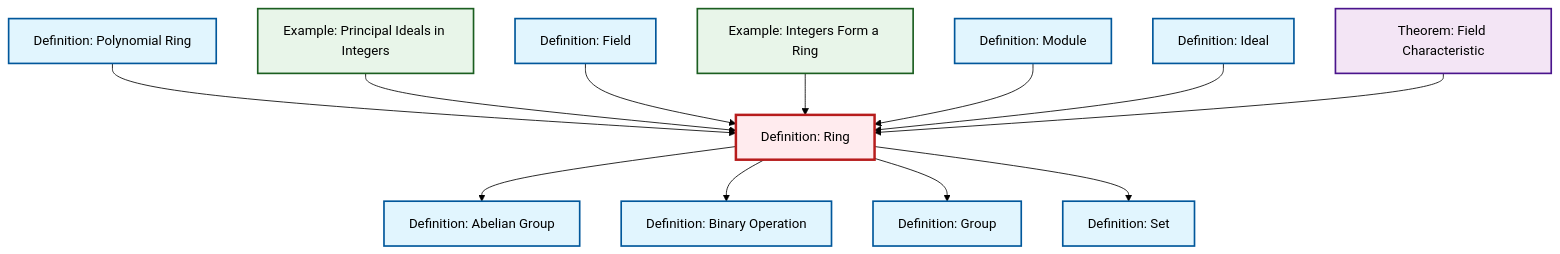
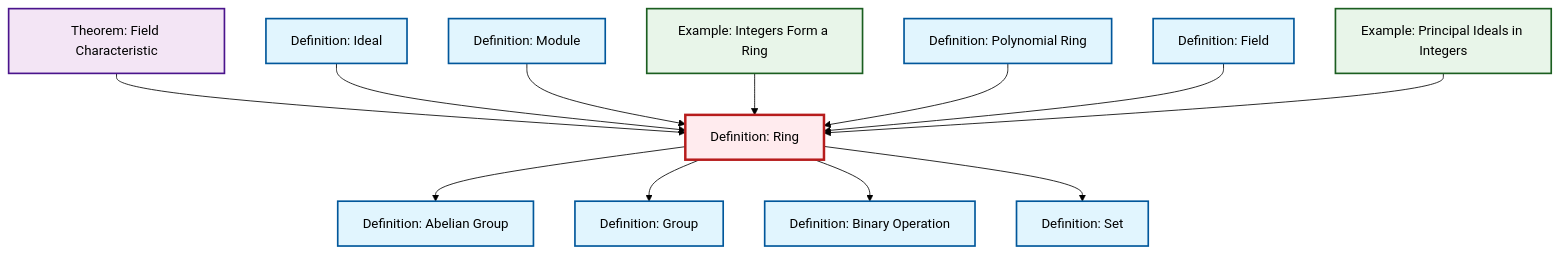
Before and after one commit to RK0429/ModernMath: the diagram in content/ja/algebra/def-ring.qmd, drawn with Mermaid (forest theme). The commit also changed other lines of this file and 360 other files, not shown here.

````diff
--- a/content/ja/algebra/def-ring.qmd
+++ b/content/ja/algebra/def-ring.qmd
@@ -62,44 +62,44 @@
 ```{mermaid}
 %%| fig-cap: "Local dependency graph"
 graph TD
     classDef definition fill:#e1f5fe,stroke:#01579b,stroke-width:2px
     classDef theorem fill:#f3e5f5,stroke:#4a148c,stroke-width:2px
     classDef axiom fill:#fff3e0,stroke:#e65100,stroke-width:2px
     classDef example fill:#e8f5e9,stroke:#1b5e20,stroke-width:2px
     classDef current fill:#ffebee,stroke:#b71c1c,stroke-width:3px
+    thm-field-characteristic["Theorem: Field Characteristic"]:::theorem
+    def-abelian-group["Definition: Abelian Group"]:::definition
+    def-ideal["Definition: Ideal"]:::definition
+    def-field["Definition: Field"]:::definition
     def-module["Definition: Module"]:::definition
-    def-binary-operation["Definition: Binary Operation"]:::definition
-    def-abelian-group["Definition: Abelian Group"]:::definition
-    ex-principal-ideal["Example: Principal Ideals in Integers"]:::example
+    def-set["Definition: Set"]:::definition
     def-polynomial-ring["Definition: Polynomial Ring"]:::definition
     def-group["Definition: Group"]:::definition
-    def-field["Definition: Field"]:::definition
-    def-ideal["Definition: Ideal"]:::definition
     def-ring["Definition: Ring"]:::definition
-    def-set["Definition: Set"]:::definition
+    def-binary-operation["Definition: Binary Operation"]:::definition
+    ex-principal-ideal["Example: Principal Ideals in Integers"]:::example
     ex-integers-ring["Example: Integers Form a Ring"]:::example
-    thm-field-characteristic["Theorem: Field Characteristic"]:::theorem
     def-ring --> def-abelian-group
-    def-polynomial-ring --> def-ring
-    ex-principal-ideal --> def-ring
-    def-ring --> def-binary-operation
-    def-field --> def-ring
-    ex-integers-ring --> def-ring
+    thm-field-characteristic --> def-ring
+    def-ideal --> def-ring
     def-module --> def-ring
     def-ring --> def-group
-    def-ideal --> def-ring
-    thm-field-characteristic --> def-ring
+    def-ring --> def-binary-operation
+    ex-integers-ring --> def-ring
+    def-polynomial-ring --> def-ring
     def-ring --> def-set
+    def-field --> def-ring
+    ex-principal-ideal --> def-ring
     class def-ring current
+    click thm-field-characteristic "thm-field-characteristic.html" "Theorem: Field Characteristicへ"
+    click def-abelian-group "def-abelian-group.html" "Definition: Abelian Groupへ"
+    click def-ideal "def-ideal.html" "Definition: Idealへ"
+    click def-field "def-field.html" "Definition: Fieldへ"
     click def-module "def-module.html" "Definition: Moduleへ"
-    click def-binary-operation "def-binary-operation.html" "Definition: Binary Operationへ"
-    click def-abelian-group "def-abelian-group.html" "Definition: Abelian Groupへ"
-    click ex-principal-ideal "ex-principal-ideal.html" "Example: Principal Ideals in Integersへ"
+    click def-set "def-set.html" "Definition: Setへ"
     click def-polynomial-ring "def-polynomial-ring.html" "Definition: Polynomial Ringへ"
     click def-group "def-group.html" "Definition: Groupへ"
-    click def-field "def-field.html" "Definition: Fieldへ"
-    click def-ideal "def-ideal.html" "Definition: Idealへ"
-    click def-set "def-set.html" "Definition: Setへ"
+    click def-binary-operation "def-binary-operation.html" "Definition: Binary Operationへ"
+    click ex-principal-ideal "ex-principal-ideal.html" "Example: Principal Ideals in Integersへ"
     click ex-integers-ring "ex-integers-ring.html" "Example: Integers Form a Ringへ"
-    click thm-field-characteristic "thm-field-characteristic.html" "Theorem: Field Characteristicへ"
 ```
````
